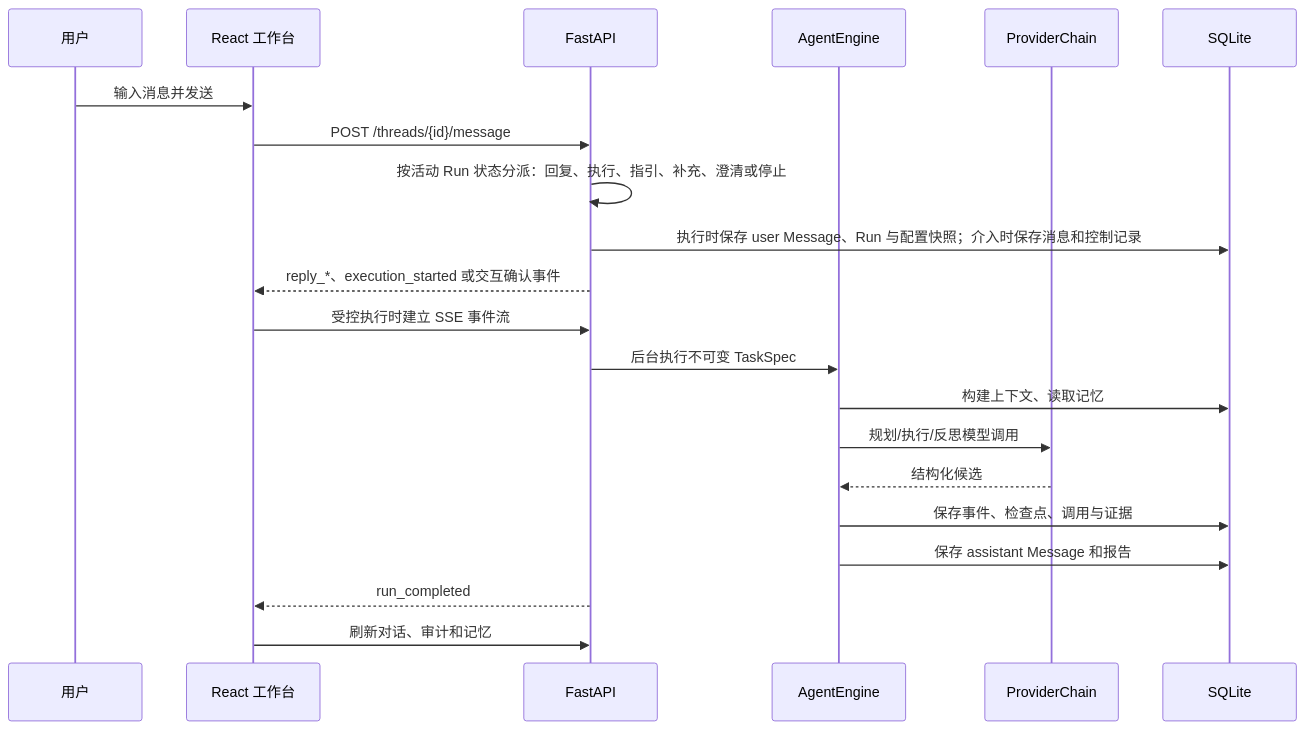
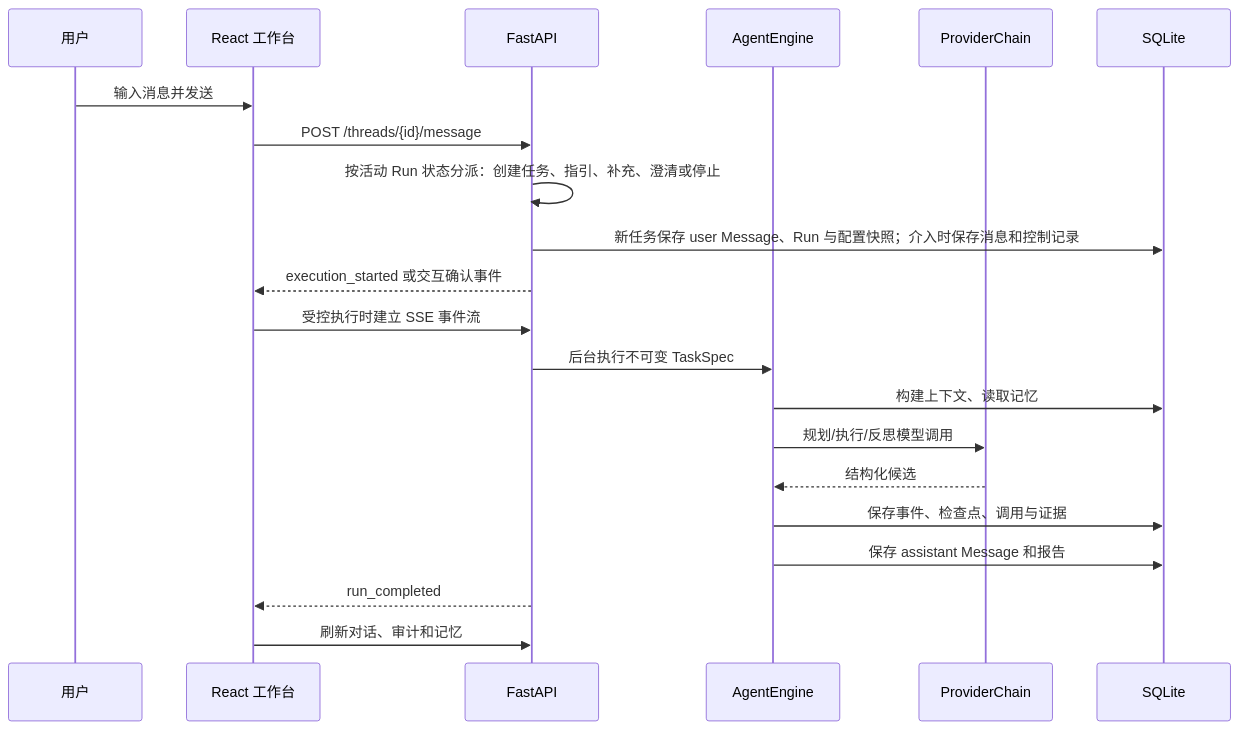
Before and after one commit to fuyao0612/gdaib-ctf-agent: the diagram in docs/learning-guide.md, drawn with Mermaid. The commit also changed other lines of this file and 8 other files, not shown here.

````diff
--- a/docs/learning-guide.md
+++ b/docs/learning-guide.md
@@ -22,23 +22,23 @@
 ```mermaid
 sequenceDiagram
     participant U as 用户
     participant W as React 工作台
     participant A as FastAPI
     participant E as AgentEngine
     participant P as ProviderChain
     participant S as SQLite
     U->>W: 输入消息并发送
     W->>A: POST /threads/{id}/message
-    A->>A: 按活动 Run 状态分派：回复、执行、指引、补充、澄清或停止
-    A->>S: 执行时保存 user Message、Run 与配置快照；介入时保存消息和控制记录
-    A-->>W: reply_*、execution_started 或交互确认事件
+    A->>A: 按活动 Run 状态分派：创建任务、指引、补充、澄清或停止
+    A->>S: 新任务保存 user Message、Run 与配置快照；介入时保存消息和控制记录
+    A-->>W: execution_started 或交互确认事件
     W->>A: 受控执行时建立 SSE 事件流
     A->>E: 后台执行不可变 TaskSpec
     E->>S: 构建上下文、读取记忆
     E->>P: 规划/执行/反思模型调用
     P-->>E: 结构化候选
     E->>S: 保存事件、检查点、调用与证据
     E->>S: 保存 assistant Message 和报告
     A-->>W: run_completed
     W->>A: 刷新对话、审计和记忆
 ```
````
